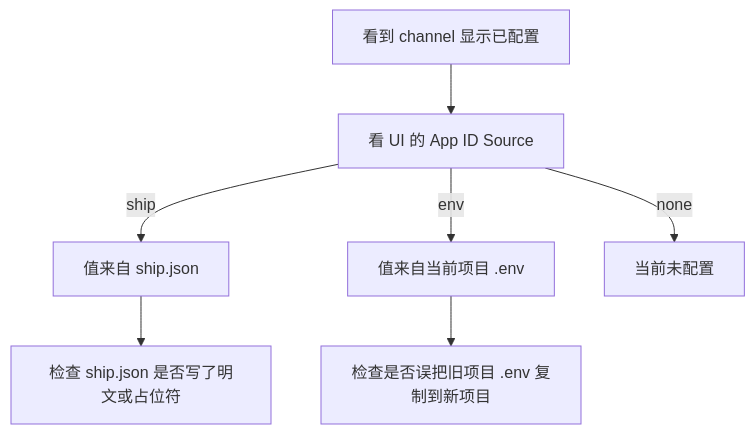
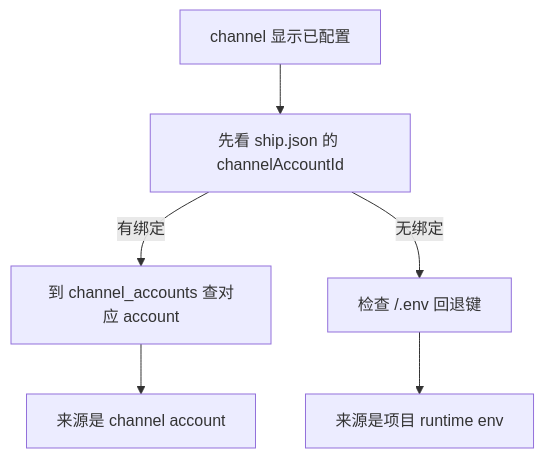
One commit to wangenius/downcity changed the second of 2 diagrams in homepage/content/docs/zh/configuration/environment-variables.mdx. Above: the diagram before and after it, drawn with Mermaid. The commit also changed other lines of this file and 127 other files, not shown here.

````diff
--- a/homepage/content/docs/zh/configuration/environment-variables.mdx
+++ b/homepage/content/docs/zh/configuration/environment-variables.mdx
@@ -163,9 +101,8 @@
 ```mermaid
 flowchart TD
-  A["看到 channel 显示已配置"] --> B["看 UI 的 App ID Source"]
-  B -->|"ship"| C["值来自 ship.json"]
-  B -->|"env"| D["值来自当前项目 .env"]
-  B -->|"none"| E["当前未配置"]
-  D --> F["检查是否误把旧项目 .env 复制到新项目"]
-  C --> G["检查 ship.json 是否写了明文或占位符"]
+  A["channel 显示已配置"] --> B["先看 ship.json 的 channelAccountId"]
+  B -->|有绑定| C["到 channel_accounts 查对应 account"]
+  B -->|无绑定| D["检查 <agent>/.env 回退键"]
+  C --> E["来源是 channel account"]
+  D --> F["来源是项目 runtime env"]
 ```
````
